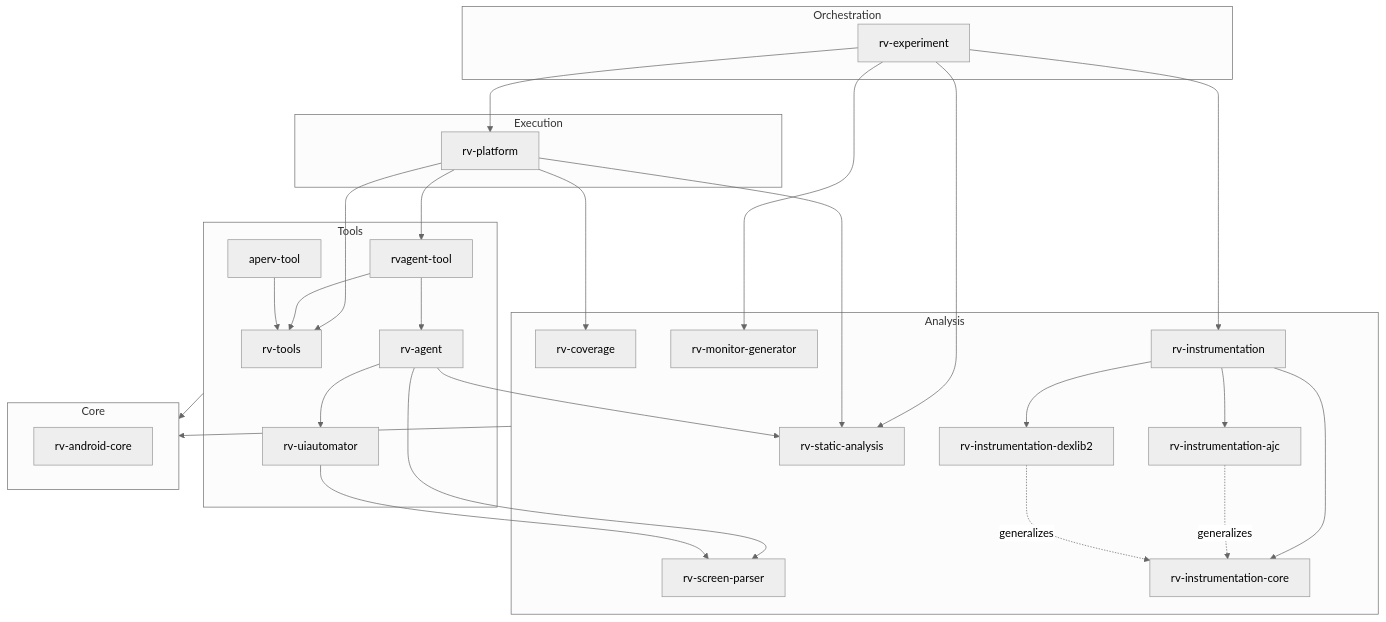
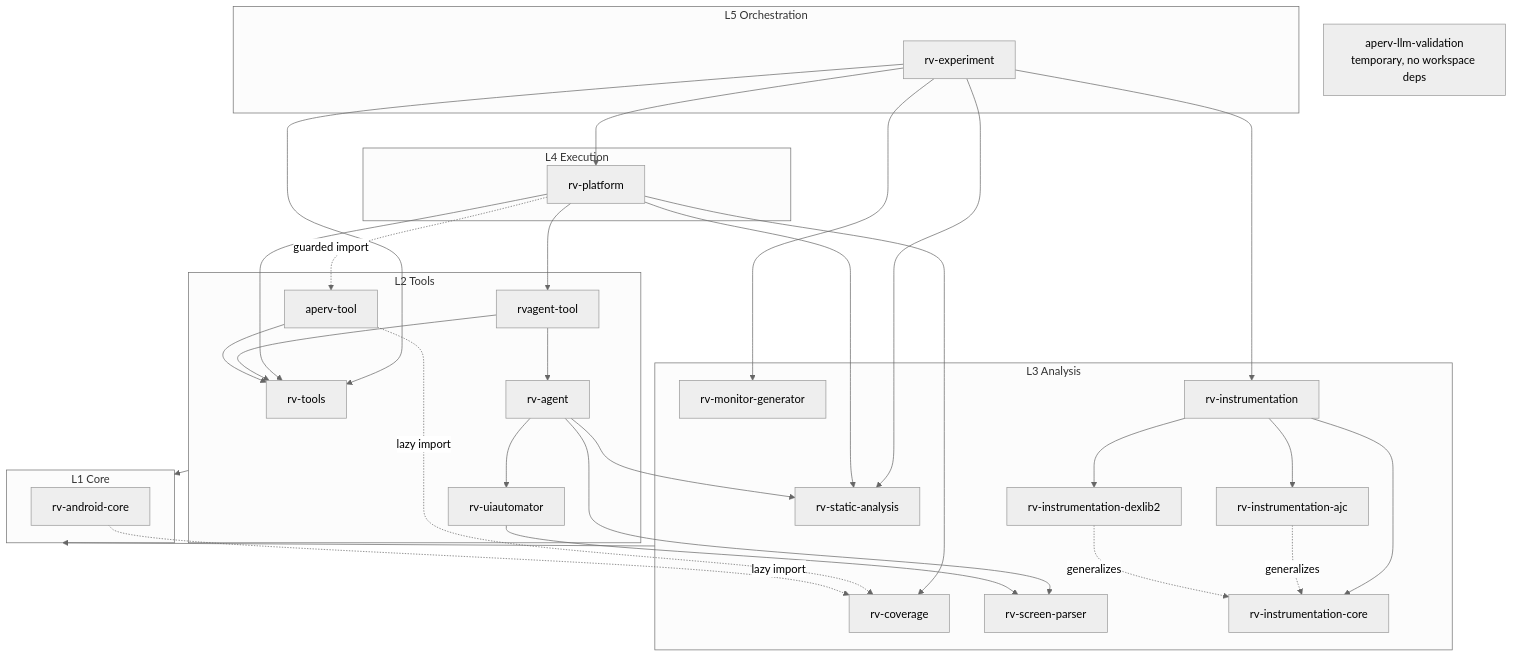
The second of 4 diagrams in rv-android/docs/architecture/rv-android.md (PAMunb/rvsec), drawn with Mermaid before and after one commit. The commit also changed other lines of this file and 7 other files, not shown here.

````diff
--- a/rv-android/docs/architecture/rv-android.md
+++ b/rv-android/docs/architecture/rv-android.md
@@ -244,53 +260,58 @@
 ```mermaid
 %%{init: {'theme': 'neutral'}}%%
 flowchart TB
-    subgraph L5[Orchestration]
+    subgraph L5[L5 Orchestration]
         exp[rv-experiment]
     end
-    subgraph L4[Execution]
+    subgraph L4[L4 Execution]
         plat[rv-platform]
     end
-    subgraph L3[Analysis]
+    subgraph L3[L3 Analysis]
         cov[rv-coverage]
         sa[rv-static-analysis]
         sp[rv-screen-parser]
         mg[rv-monitor-generator]
         instr[rv-instrumentation]
         instrcore[rv-instrumentation-core]
         ajc[rv-instrumentation-ajc]
         dex[rv-instrumentation-dexlib2]
     end
-    subgraph L2[Tools]
+    subgraph L2[L2 Tools]
         tools[rv-tools]
         uia[rv-uiautomator]
         agent[rv-agent]
         ragtool[rvagent-tool]
         apervtool[aperv-tool]
     end
-    subgraph L1[Core]
+    subgraph L1[L1 Core]
         core[rv-android-core]
     end
+    llmval[aperv-llm-validation<br/>temporary, no workspace deps]
 
     exp --> plat
     exp --> mg
     exp --> instr
     exp --> sa
+    exp --> tools
     plat --> tools
     plat --> cov
     plat --> sa
     plat --> ragtool
+    plat -.guarded import.-> apervtool
     ragtool --> agent
     ragtool --> tools
     apervtool --> tools
+    apervtool -.lazy import.-> cov
     agent --> sp
     agent --> uia
     agent --> sa
     uia --> sp
     instr --> instrcore
     instr --> ajc
     instr --> dex
     ajc -.generalizes.-> instrcore
     dex -.generalizes.-> instrcore
+    core -.lazy import.-> cov
     L2 --> L1
     L3 --> L1
 ```
````
